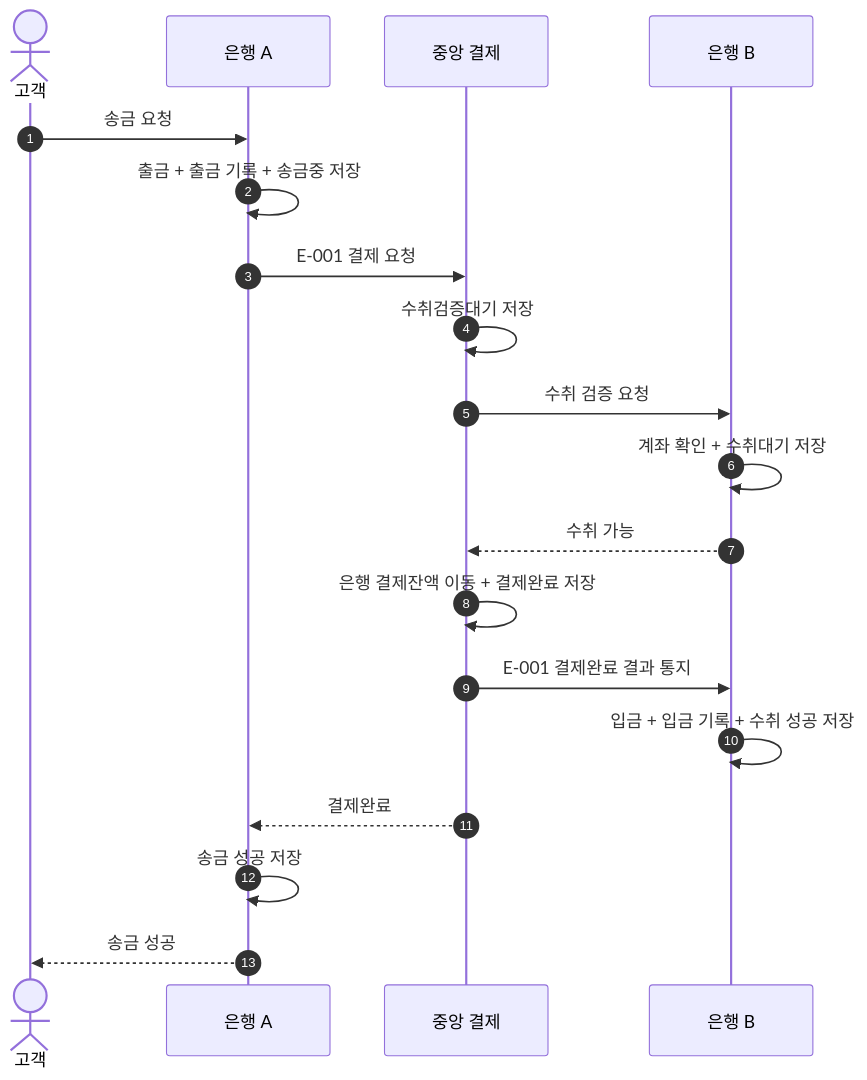
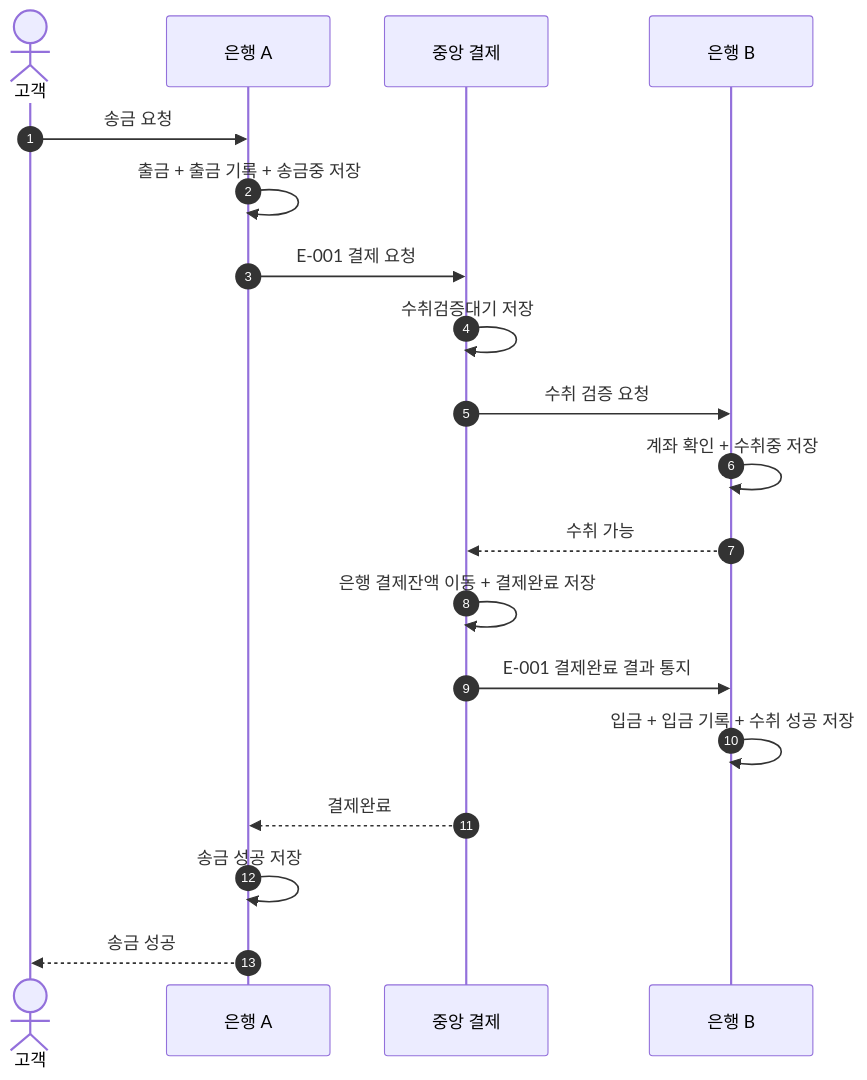
Before and after one commit to 2jun0/financial-system-backend: the diagram in docs/scenarios/S-001_정상_은행간_송금_성공.md, drawn with Mermaid. The commit also changed other lines of this file and 8 other files, not shown here.

````diff
--- a/docs/scenarios/S-001_정상_은행간_송금_성공.md
+++ b/docs/scenarios/S-001_정상_은행간_송금_성공.md
@@ -32,21 +32,21 @@
 ```mermaid
 sequenceDiagram
     autonumber
     actor 고객
     participant A as 은행 A
     participant C as 중앙 결제
     participant B as 은행 B
     고객->>A: 송금 요청
     A->>A: 출금 + 출금 기록 + 송금중 저장
     A->>C: E-001 결제 요청
     C->>C: 수취검증대기 저장
     C->>B: 수취 검증 요청
-    B->>B: 계좌 확인 + 수취대기 저장
+    B->>B: 계좌 확인 + 수취중 저장
     B-->>C: 수취 가능
     C->>C: 은행 결제잔액 이동 + 결제완료 저장
     C->>B: E-001 결제완료 결과 통지
     B->>B: 입금 + 입금 기록 + 수취 성공 저장
     C-->>A: 결제완료
     A->>A: 송금 성공 저장
     A-->>고객: 송금 성공
 ```
````
